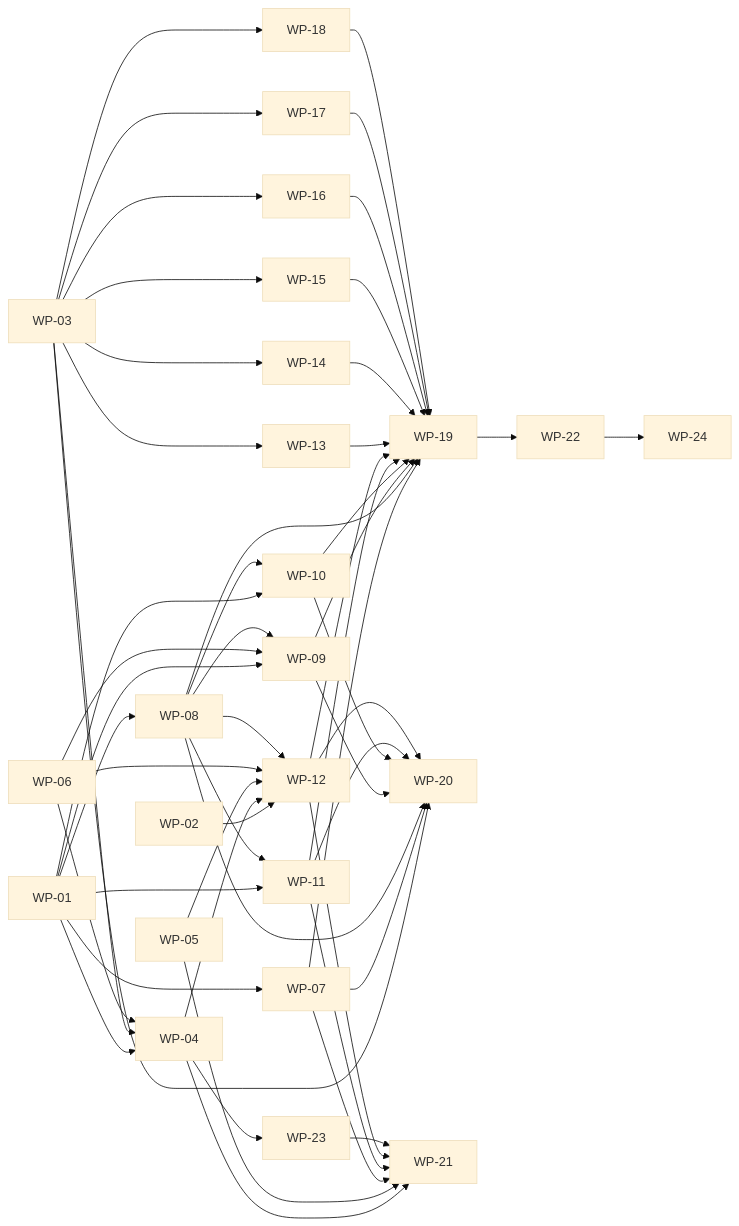
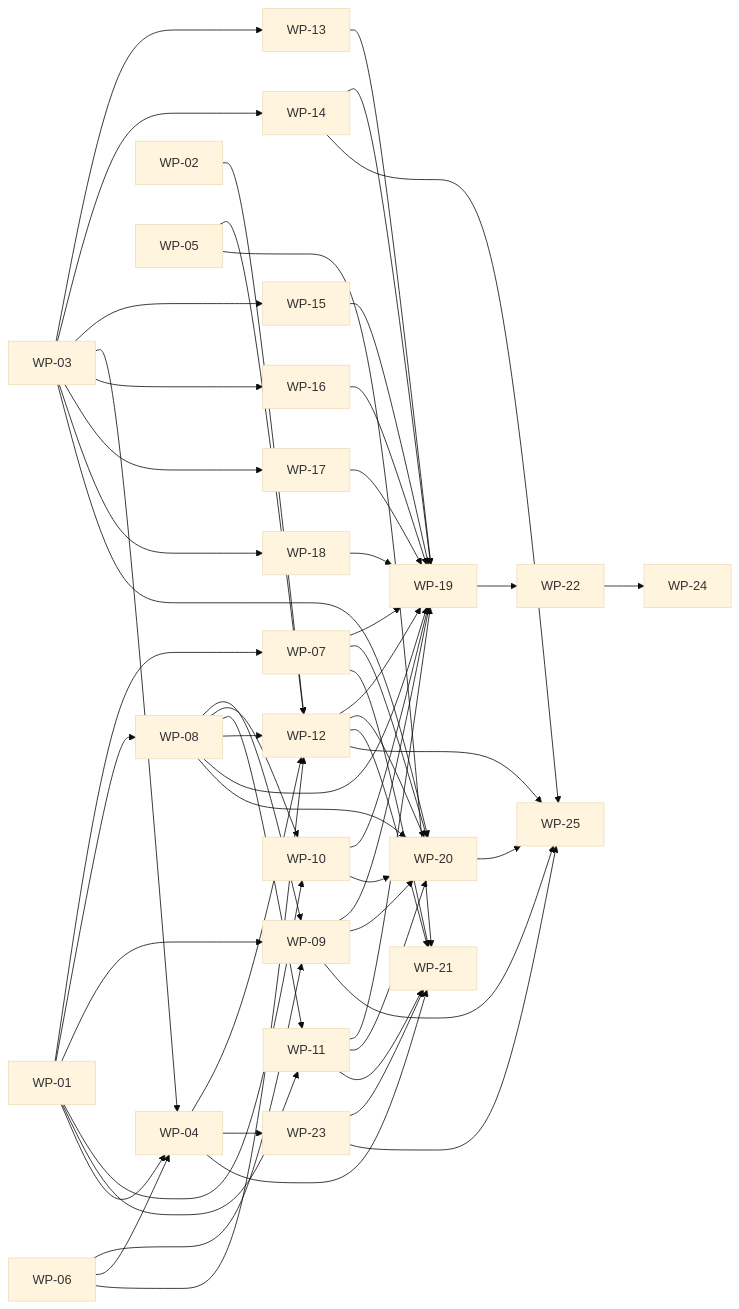
One commit to Cloud-CITI-AI/KR-Central-2 changed the diagram in docs/plan/WORK_PACKAGES.md. Above: the diagram before and after it, drawn with Mermaid (base theme). The commit also changed other lines of this file and 4 other files, not shown here.

````diff
--- a/docs/plan/WORK_PACKAGES.md
+++ b/docs/plan/WORK_PACKAGES.md
@@ -36,54 +37,59 @@
 ```mermaid
 flowchart LR
   WP01[WP-01] --> WP07[WP-07]
   WP01[WP-01] --> WP08[WP-08]
   WP01[WP-01] --> WP09[WP-09]
   WP06[WP-06] --> WP09[WP-09]
   WP08[WP-08] --> WP09[WP-09]
   WP03[WP-03] --> WP13[WP-13]
   WP03[WP-03] --> WP14[WP-14]
   WP01[WP-01] --> WP10[WP-10]
   WP08[WP-08] --> WP10[WP-10]
   WP01[WP-01] --> WP11[WP-11]
   WP08[WP-08] --> WP11[WP-11]
   WP03[WP-03] --> WP15[WP-15]
   WP01[WP-01] --> WP04[WP-04]
   WP03[WP-03] --> WP04[WP-04]
   WP06[WP-06] --> WP04[WP-04]
   WP03[WP-03] --> WP16[WP-16]
   WP02[WP-02] --> WP12[WP-12]
   WP04[WP-04] --> WP12[WP-12]
   WP05[WP-05] --> WP12[WP-12]
   WP06[WP-06] --> WP12[WP-12]
   WP08[WP-08] --> WP12[WP-12]
   WP03[WP-03] --> WP17[WP-17]
   WP03[WP-03] --> WP18[WP-18]
   WP07[WP-07] --> WP19[WP-19]
   WP08[WP-08] --> WP19[WP-19]
   WP09[WP-09] --> WP19[WP-19]
   WP10[WP-10] --> WP19[WP-19]
   WP11[WP-11] --> WP19[WP-19]
   WP12[WP-12] --> WP19[WP-19]
   WP13[WP-13] --> WP19[WP-19]
   WP14[WP-14] --> WP19[WP-19]
   WP15[WP-15] --> WP19[WP-19]
   WP16[WP-16] --> WP19[WP-19]
   WP17[WP-17] --> WP19[WP-19]
   WP18[WP-18] --> WP19[WP-19]
   WP03[WP-03] --> WP20[WP-20]
   WP07[WP-07] --> WP20[WP-20]
   WP08[WP-08] --> WP20[WP-20]
   WP09[WP-09] --> WP20[WP-20]
   WP10[WP-10] --> WP20[WP-20]
   WP11[WP-11] --> WP20[WP-20]
   WP12[WP-12] --> WP20[WP-20]
   WP04[WP-04] --> WP23[WP-23]
   WP04[WP-04] --> WP21[WP-21]
   WP05[WP-05] --> WP21[WP-21]
   WP07[WP-07] --> WP21[WP-21]
   WP11[WP-11] --> WP21[WP-21]
   WP12[WP-12] --> WP21[WP-21]
   WP23[WP-23] --> WP21[WP-21]
   WP19[WP-19] --> WP22[WP-22]
   WP22[WP-22] --> WP24[WP-24]
+  WP09[WP-09] --> WP25[WP-25]
+  WP12[WP-12] --> WP25[WP-25]
+  WP14[WP-14] --> WP25[WP-25]
+  WP20[WP-20] --> WP25[WP-25]
+  WP23[WP-23] --> WP25[WP-25]
 ```
````
